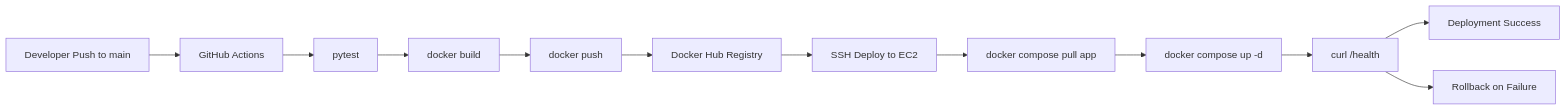
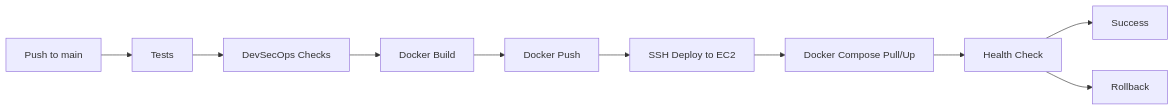
The third of 7 diagrams in docs/project-book.md (a0527645787-oss/world-cup-seat-booking-devops), drawn with Mermaid before and after one commit. The commit also changed other lines of this file and 2 other files, not shown here.

Commit message:
Polish project book and unify CI security workflow

````diff
--- a/docs/project-book.md
+++ b/docs/project-book.md
@@ -214,14 +216,12 @@
 ```mermaid
 flowchart LR
-    Dev["Developer Push to main"] --> Actions["GitHub Actions"]
-    Actions --> Tests["pytest"]
-    Tests --> Build["docker build"]
-    Build --> Push["docker push"]
-    Push --> Hub["Docker Hub Registry"]
-    Hub --> SSH["SSH Deploy to EC2"]
-    SSH --> Pull["docker compose pull app"]
-    Pull --> Up["docker compose up -d"]
-    Up --> Health["curl /health"]
-    Health --> Success["Deployment Success"]
-    Health --> Rollback["Rollback on Failure"]
+    Push["Push to main"] --> Tests["Tests"]
+    Tests --> Security["DevSecOps Checks"]
+    Security --> Build["Docker Build"]
+    Build --> PushImage["Docker Push"]
+    PushImage --> Deploy["SSH Deploy to EC2"]
+    Deploy --> Compose["Docker Compose Pull/Up"]
+    Compose --> Health["Health Check"]
+    Health --> Success["Success"]
+    Health --> Rollback["Rollback"]
 ```
````
